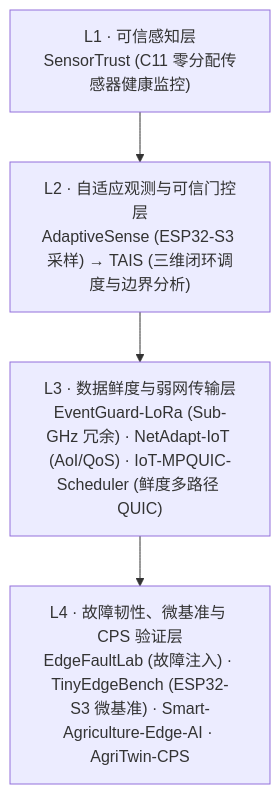
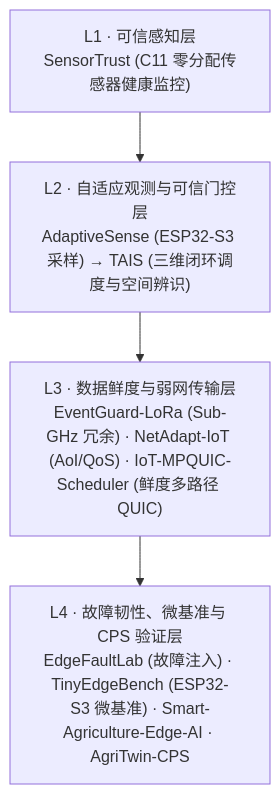
The diagram in README.zh-CN.md (Sver0411/TAIS), drawn with Mermaid before and after one commit. The commit also changed other lines of this file and 2 other files, not shown here.

````diff
--- a/README.zh-CN.md
+++ b/README.zh-CN.md
@@ -22,8 +86,8 @@
 ```mermaid
 flowchart TB
     L1["L1 · 可信感知层<br/>SensorTrust (C11 零分配传感器健康监控)"]
-    L2["L2 · 自适应观测与可信门控层<br/>AdaptiveSense (ESP32-S3 采样) → TAIS (三维闭环调度与边界分析)"]
+    L2["L2 · 自适应观测与可信门控层<br/>AdaptiveSense (ESP32-S3 采样) → TAIS (三维闭环调度与空间辨识)"]
     L3["L3 · 数据鲜度与弱网传输层<br/>EventGuard-LoRa (Sub-GHz 冗余) · NetAdapt-IoT (AoI/QoS) · IoT-MPQUIC-Scheduler (鲜度多路径 QUIC)"]
     L4["L4 · 故障韧性、微基准与 CPS 验证层<br/>EdgeFaultLab (故障注入) · TinyEdgeBench (ESP32-S3 微基准) · Smart-Agriculture-Edge-AI · AgriTwin-CPS"]
     L1 --> L2 --> L3 --> L4
 ```
````
